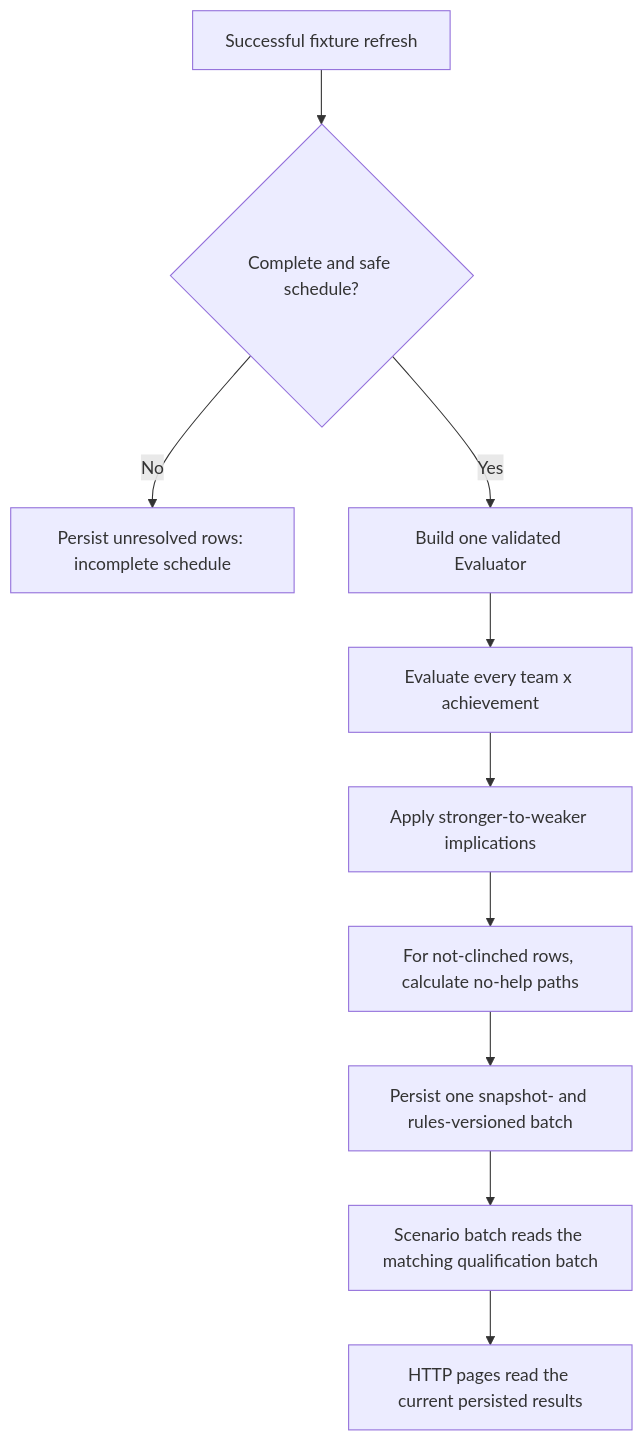
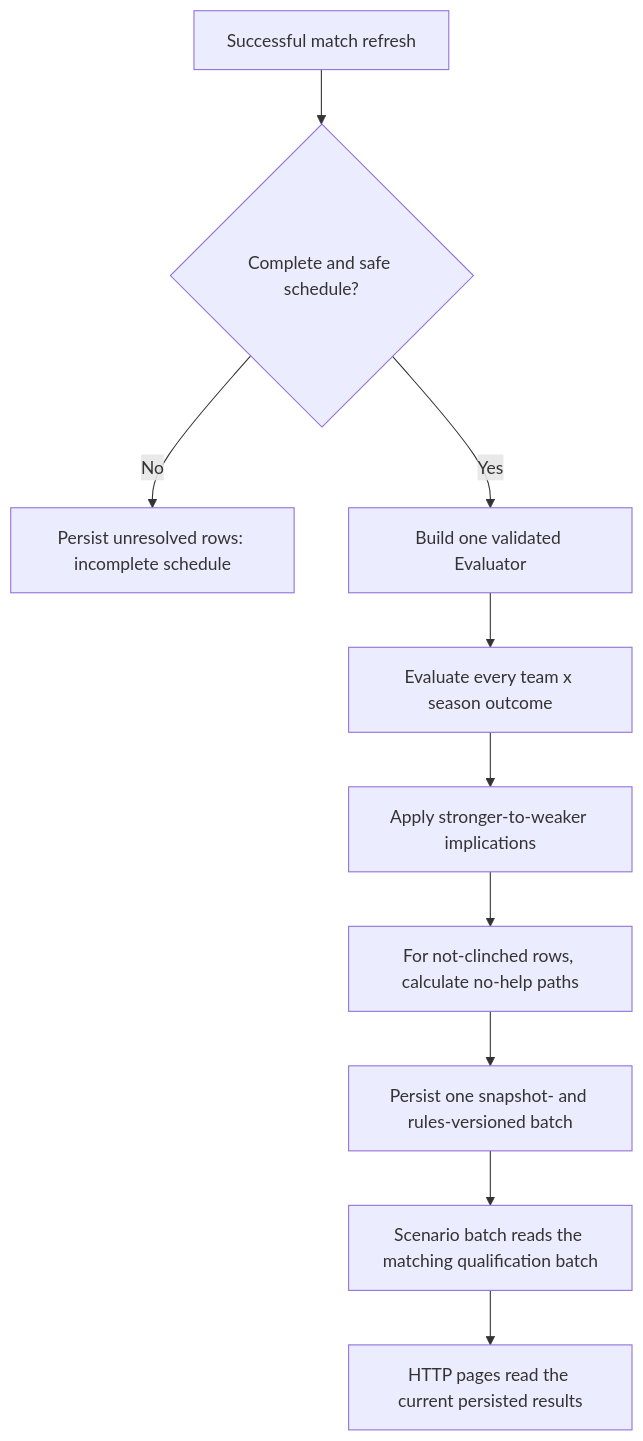
The second of 5 diagrams in docs/clinching-logic-guide.md (jrduncans/nwsl-season), drawn with Mermaid before and after one commit. The commit also changed other lines of this file and 10 other files, not shown here.

````diff
--- a/docs/clinching-logic-guide.md
+++ b/docs/clinching-logic-guide.md
@@ -67,12 +67,12 @@
 ```mermaid
 flowchart TD
-    A["Successful fixture refresh"] --> B{"Complete and safe schedule?"}
+    A["Successful match refresh"] --> B{"Complete and safe schedule?"}
     B -->|No| C["Persist unresolved rows: incomplete schedule"]
     B -->|Yes| D["Build one validated Evaluator"]
-    D --> E["Evaluate every team x achievement"]
+    D --> E["Evaluate every team x season outcome"]
     E --> F["Apply stronger-to-weaker implications"]
     F --> G["For not-clinched rows, calculate no-help paths"]
     G --> H["Persist one snapshot- and rules-versioned batch"]
     H --> I["Scenario batch reads the matching qualification batch"]
     I --> J["HTTP pages read the current persisted results"]
 ```
````
